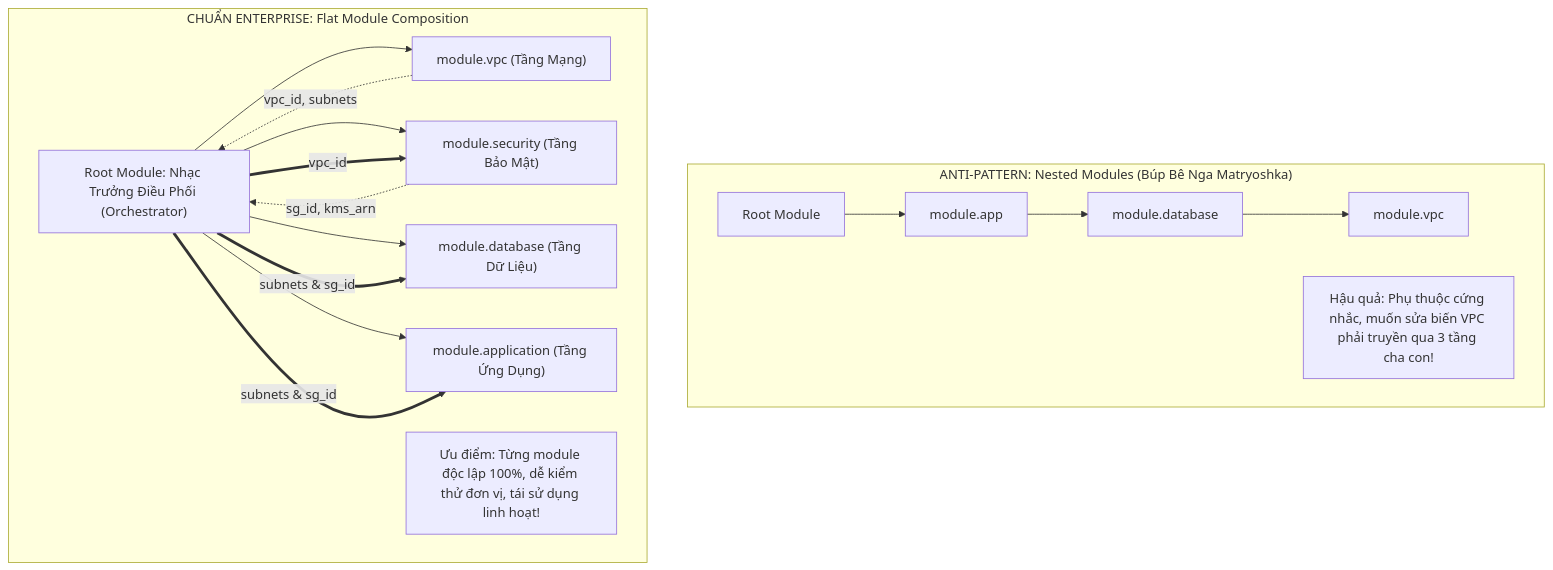
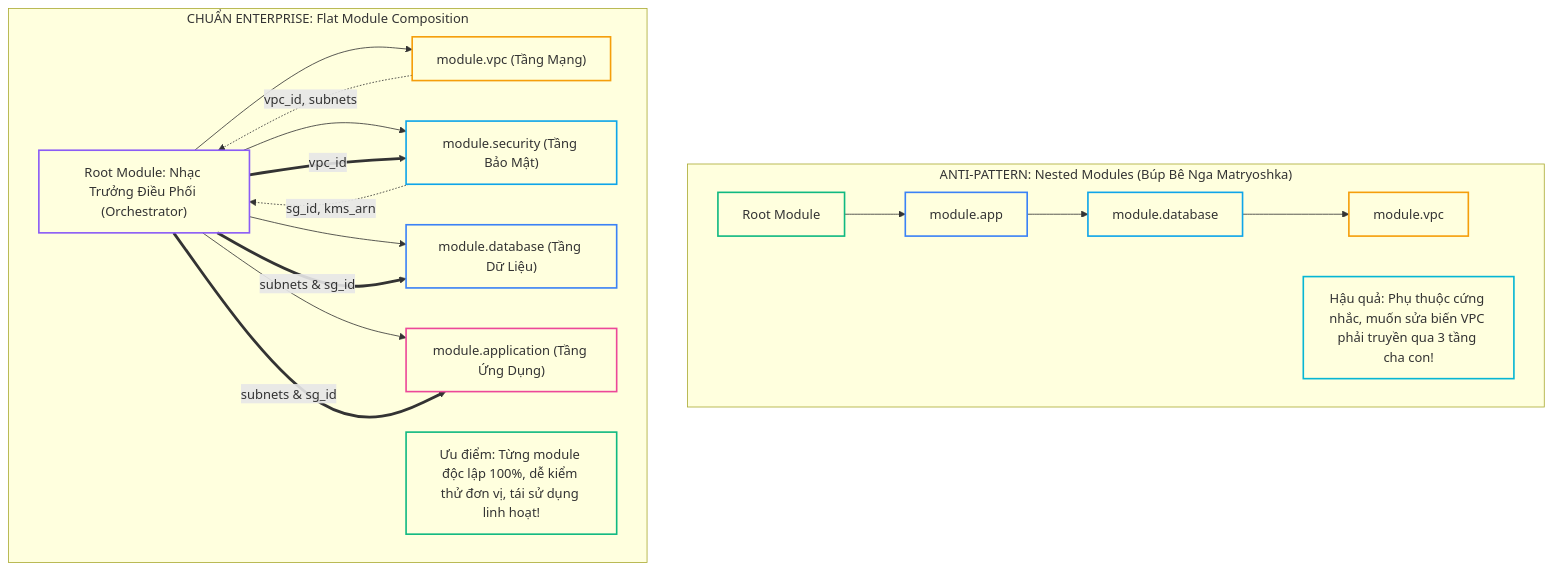
One commit to kiennt308/ntk changed the first of 2 diagrams in _posts/2026-09-13-terraform-11-11-module-composition-private-registry-va-quan-ly-phu-thuoc-module-da-tang.md. Above: the diagram before and after it, drawn with Mermaid. The commit also changed other lines of this file and 26 other files, not shown here.

Commit message:
style(terraform): standardize presentation, complete titles & summaries, tailor tldr, and optimize lab tables & mermaid across Bài 05 to Bài 31

````diff
--- a/_posts/2026-09-13-terraform-11-11-module-composition-private-registry-va-quan-ly-phu-thuoc-module-da-tang.md
+++ b/_posts/2026-09-13-terraform-11-11-module-composition-private-registry-va-quan-ly-phu-thuoc-module-da-tang.md
@@ -36,26 +36,36 @@
 ```mermaid
 flowchart TD
     subgraph BAD ["ANTI-PATTERN: Nested Modules (Búp Bê Nga Matryoshka)"]
         NRoot["Root Module"] --> NApp["module.app"]
         NApp --> NDb["module.database"]
         NDb --> NVpc["module.vpc"]
         Note1["Hậu quả: Phụ thuộc cứng nhắc, muốn sửa biến VPC phải truyền qua 3 tầng cha con!"]
     end
 
     subgraph GOOD ["CHUẨN ENTERPRISE: Flat Module Composition"]
         FRoot["Root Module: Nhạc Trưởng Điều Phối (Orchestrator)"]
         FRoot --> FVpc["module.vpc (Tầng Mạng)"]
         FRoot --> FSec["module.security (Tầng Bảo Mật)"]
         FRoot --> FDb["module.database (Tầng Dữ Liệu)"]
         FRoot --> FApp["module.application (Tầng Ứng Dụng)"]
         
         FVpc -.->|"vpc_id, subnets"| FRoot
         FRoot ==>|"vpc_id"| FSec
         FSec -.->|"sg_id, kms_arn"| FRoot
         FRoot ==>|"subnets & sg_id"| FDb
         FRoot ==>|"subnets & sg_id"| FApp
         Note2["Ưu điểm: Từng module độc lập 100%, dễ kiểm thử đơn vị, tái sử dụng linh hoạt!"]
     end
 
-
+    style FDb fill:none,stroke:#3b82f6,stroke-width:2px
+    style FSec fill:none,stroke:#0ea5e9,stroke-width:2px
+    style Note2 fill:none,stroke:#10b981,stroke-width:2px
+    style FVpc fill:none,stroke:#f59e0b,stroke-width:2px
+    style FRoot fill:none,stroke:#8b5cf6,stroke-width:2px
+    style FApp fill:none,stroke:#ec4899,stroke-width:2px
+    style Note1 fill:none,stroke:#06b6d4,stroke-width:2px
+    style NApp fill:none,stroke:#3b82f6,stroke-width:2px
+    style NDb fill:none,stroke:#0ea5e9,stroke-width:2px
+    style NRoot fill:none,stroke:#10b981,stroke-width:2px
+    style NVpc fill:none,stroke:#f59e0b,stroke-width:2px
 ```
````
